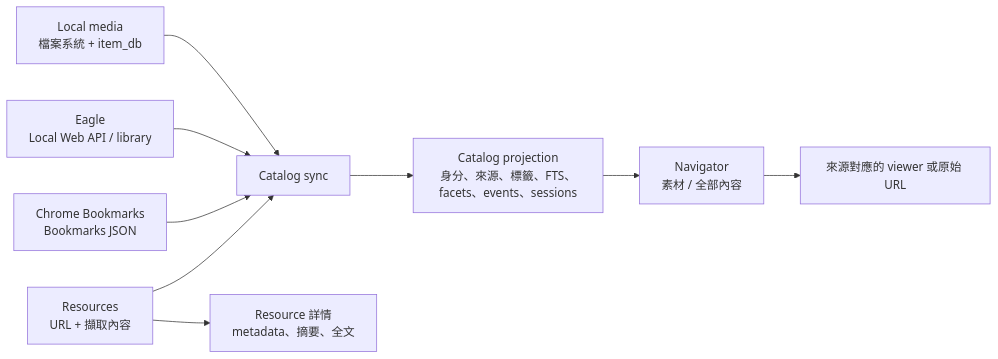
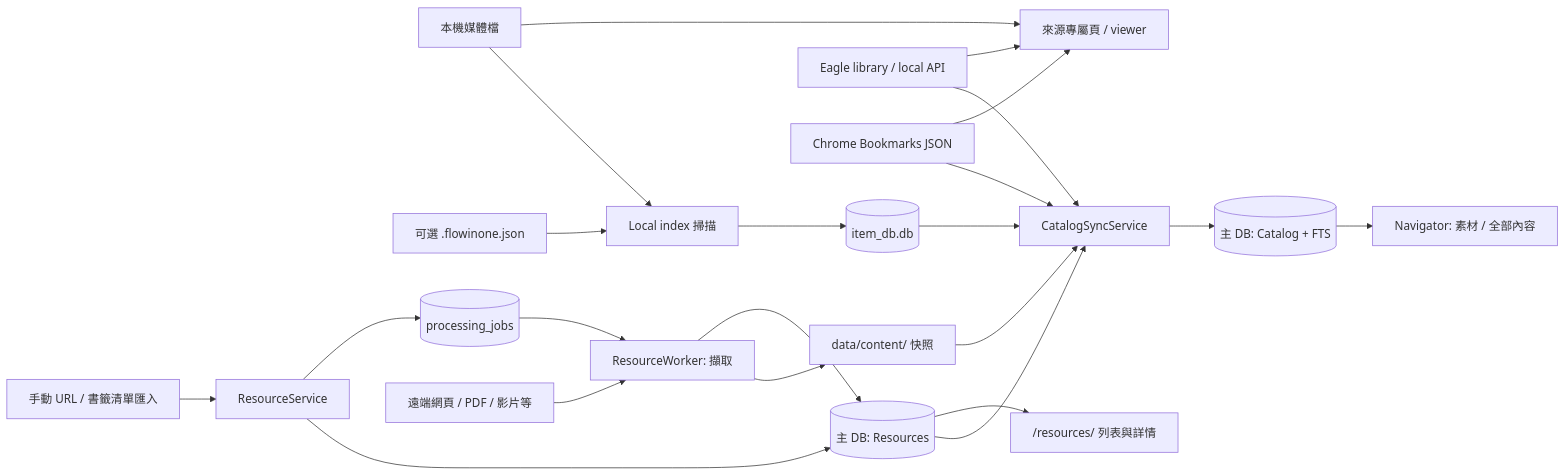
One commit to vecwise/Flowinone changed the first of 3 diagrams in docs/architecture.md. Above: the diagram before and after it, drawn with Mermaid. The commit also changed other lines of this file and 4 other files, not shown here.

````diff
--- a/docs/architecture.md
+++ b/docs/architecture.md
@@ -12,16 +20,28 @@
 ```mermaid
 flowchart LR
-  local["Local media\n檔案系統 + item_db"]
-  eagle["Eagle\nLocal Web API / library"]
-  chrome["Chrome Bookmarks\nBookmarks JSON"]
-  urls["Resources\nURL + 擷取內容"]
+  Files["本機媒體檔"] --> Scan["Local index 掃描"]
+  Sidecar["可選 .flowinone.json"] --> Scan
+  Scan --> ItemDB[("item_db.db")]
 
-  local --> sync["Catalog sync"]
-  eagle --> sync
-  chrome --> sync
-  urls --> sync
-  sync --> catalog["Catalog projection\n身分、來源、標籤、FTS、facets、events、sessions"]
-  catalog --> navigator["Navigator\n素材 / 全部內容"]
-  urls --> detail["Resource 詳情\nmetadata、摘要、全文"]
-  navigator --> viewers["來源對應的 viewer 或原始 URL"]
+  ItemDB --> Sync["CatalogSyncService"]
+  Eagle["Eagle library / local API"] --> Sync
+  Chrome["Chrome Bookmarks JSON"] --> Sync
+
+  Import["手動 URL / 書籤清單匯入"] --> ResourceService["ResourceService"]
+  ResourceService --> ResourceDB[("主 DB: Resources")]
+  ResourceService --> Jobs[("processing_jobs")]
+  Jobs --> Enrich["ResourceWorker: 擷取"]
+  Web["遠端網頁 / PDF / 影片等"] --> Enrich
+  Enrich --> Content["data/content/ 快照"]
+  Enrich --> ResourceDB
+  ResourceDB --> Sync
+  Content --> Sync
+
+  Sync --> Catalog[("主 DB: Catalog + FTS")]
+  Catalog --> Navigator["Navigator: 素材 / 全部內容"]
+  ResourceDB --> ResourcePages["/resources/ 列表與詳情"]
+
+  Files --> SourcePages["來源專屬頁 / viewer"]
+  Eagle --> SourcePages
+  Chrome --> SourcePages
 ```
````
